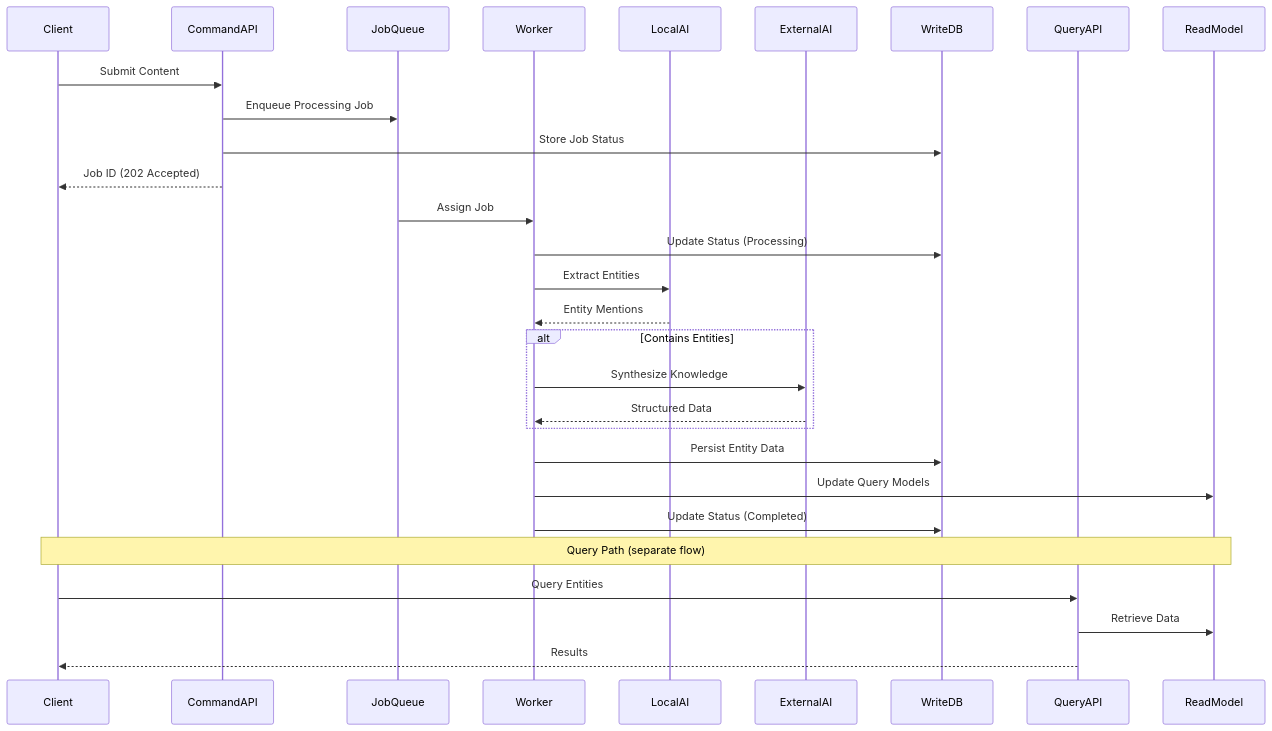
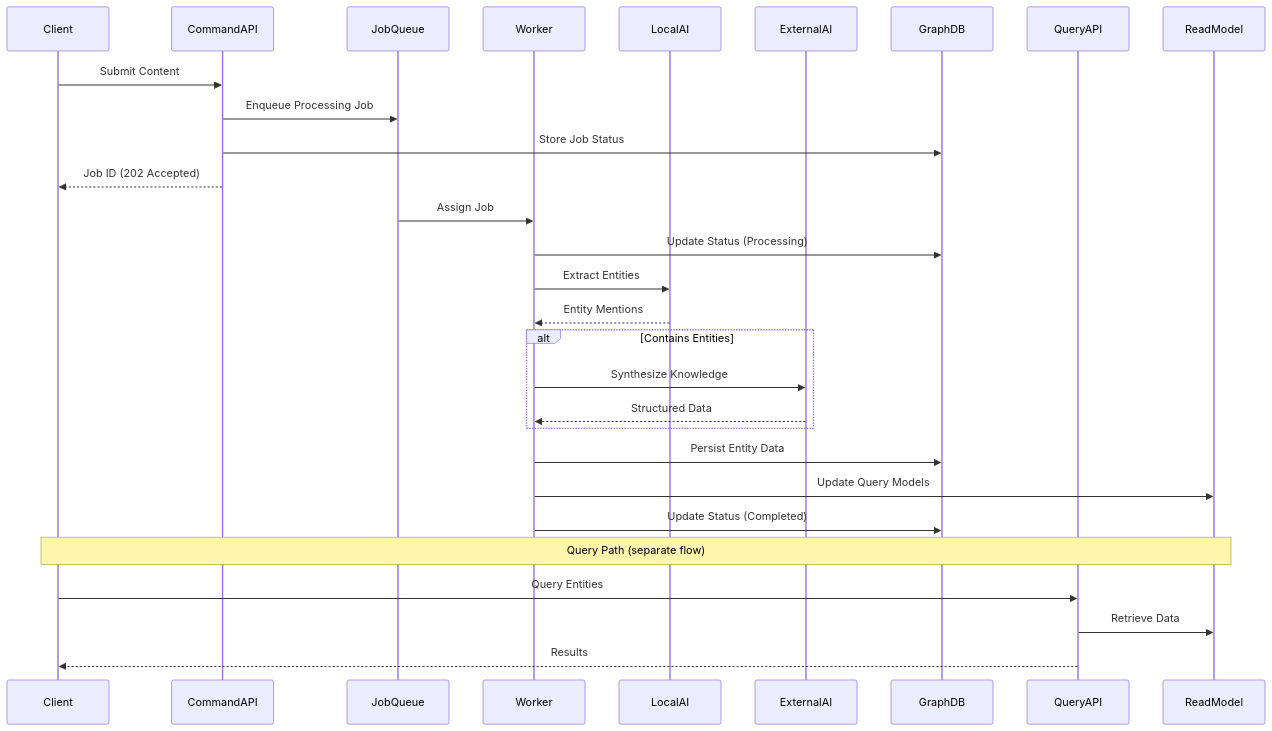
The third of 3 diagrams in docs/architecture/02-functional-viewpoint.md (chaixdev/lorevault-kb), drawn with Mermaid before and after one commit. The commit also changed other lines of this file and 12 other files, not shown here.

````diff
--- a/docs/architecture/02-functional-viewpoint.md
+++ b/docs/architecture/02-functional-viewpoint.md
@@ -237,37 +236,37 @@
 ```mermaid
 sequenceDiagram
     participant Client
     participant CommandAPI
     participant JobQueue
     participant Worker
     participant LocalAI
     participant ExternalAI
-    participant WriteDB
+    participant GraphDB
     participant QueryAPI
     participant ReadModel
 
     Client->>CommandAPI: Submit Content
     CommandAPI->>JobQueue: Enqueue Processing Job
-    CommandAPI->>WriteDB: Store Job Status
+    CommandAPI->>GraphDB: Store Job Status
     CommandAPI-->>Client: Job ID (202 Accepted)
     
     JobQueue->>Worker: Assign Job
-    Worker->>WriteDB: Update Status (Processing)
+    Worker->>GraphDB: Update Status (Processing)
     
     Worker->>LocalAI: Extract Entities
     LocalAI-->>Worker: Entity Mentions
     
     alt Contains Entities
         Worker->>ExternalAI: Synthesize Knowledge
         ExternalAI-->>Worker: Structured Data
     end
     
-    Worker->>WriteDB: Persist Entity Data
+    Worker->>GraphDB: Persist Entity Data
     Worker->>ReadModel: Update Query Models
-    Worker->>WriteDB: Update Status (Completed)
+    Worker->>GraphDB: Update Status (Completed)
     
     Note over Client,ReadModel: Query Path (separate flow)
     Client->>QueryAPI: Query Entities
     QueryAPI->>ReadModel: Retrieve Data
     QueryAPI-->>Client: Results
 ```
````
